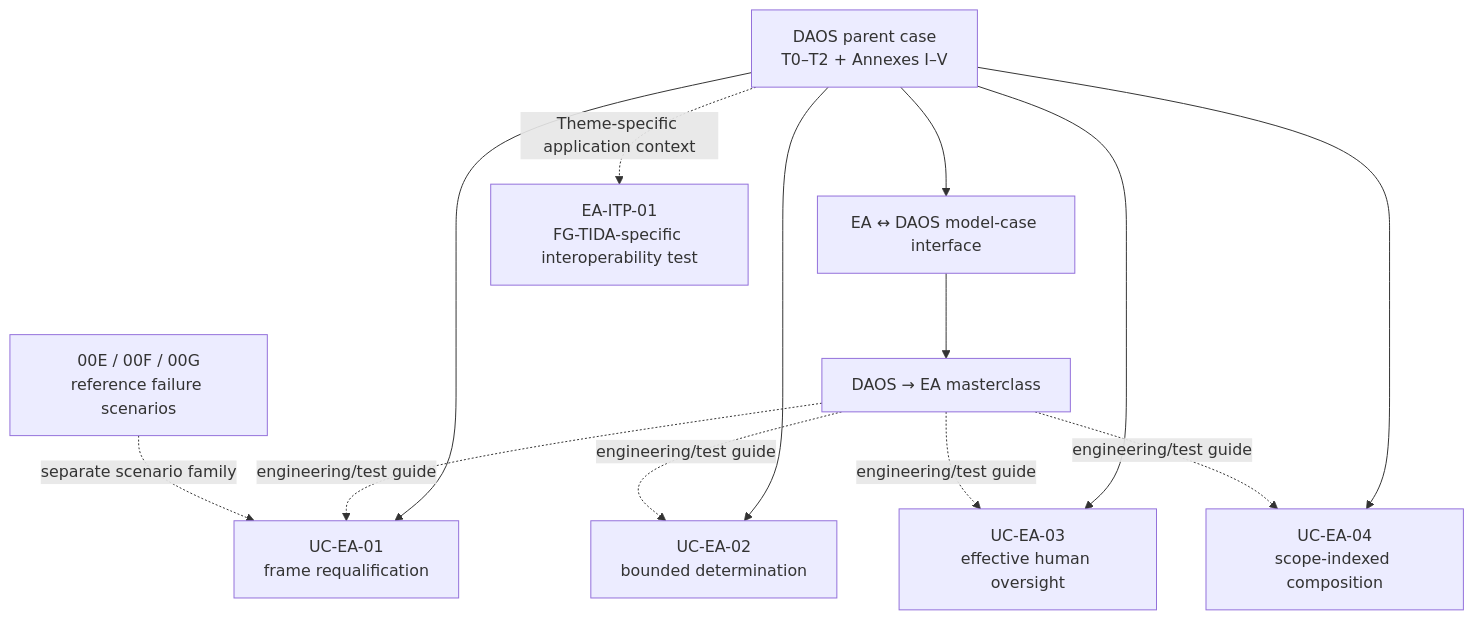
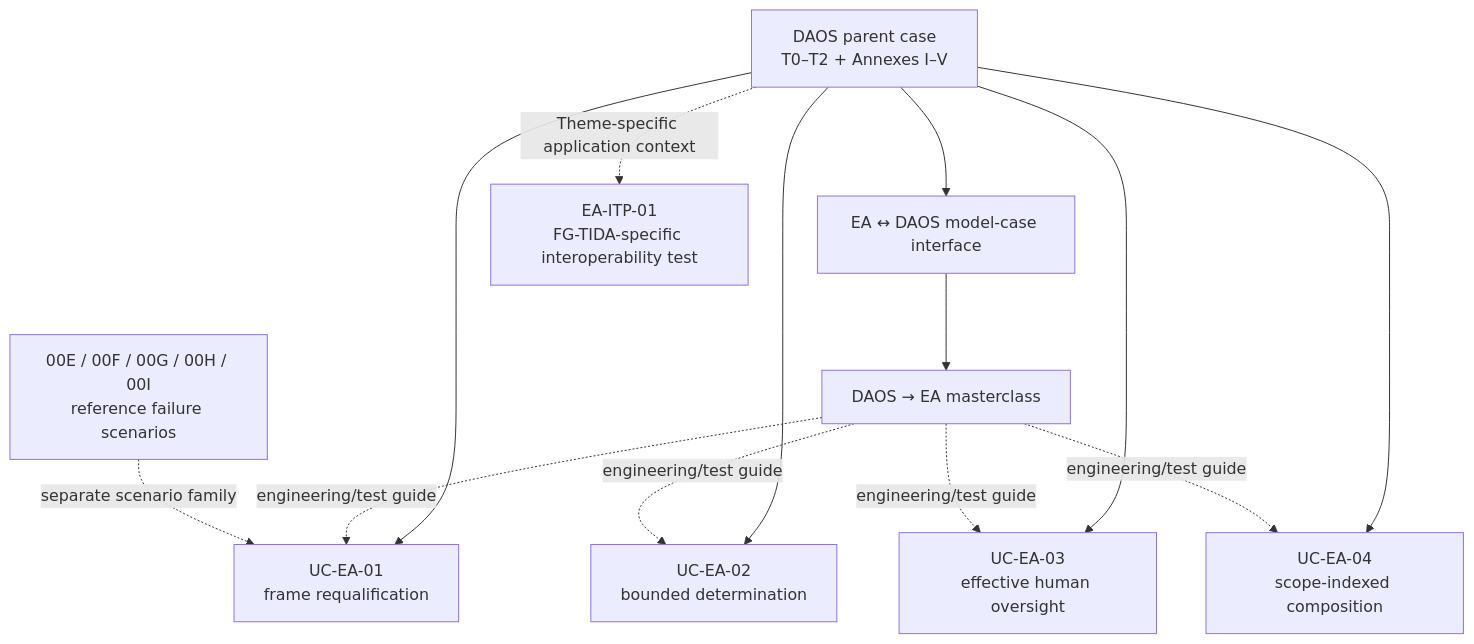
The sixth of 9 diagrams in research/ecosystem-awareness/VISUAL_GUIDE.md (dakleyer/structural-awareness-contributions), drawn with Mermaid before and after one commit. The commit also changed other lines of this file, not shown here.

````diff
--- a/research/ecosystem-awareness/VISUAL_GUIDE.md
+++ b/research/ecosystem-awareness/VISUAL_GUIDE.md
@@ -184,24 +189,24 @@
 ```mermaid
 flowchart TB
     DAOS["DAOS parent case<br/>T0–T2 + Annexes I–V"]
     MCASE["EA ↔ DAOS model-case interface"]
     MASTER["DAOS → EA masterclass"]
     U1["UC-EA-01<br/>frame requalification"]
     U2["UC-EA-02<br/>bounded determination"]
     U3["UC-EA-03<br/>effective human oversight"]
     U4["UC-EA-04<br/>scope-indexed composition"]
     ITP["EA-ITP-01<br/>FG-TIDA-specific interoperability test"]
-    RS["00E / 00F / 00G<br/>reference failure scenarios"]
+    RS["00E / 00F / 00G / 00H / 00I<br/>reference failure scenarios"]
 
     DAOS --> MCASE --> MASTER
     DAOS --> U1
     DAOS --> U2
     DAOS --> U3
     DAOS --> U4
     MASTER -. "engineering/test guide" .-> U1
     MASTER -. "engineering/test guide" .-> U2
     MASTER -. "engineering/test guide" .-> U3
     MASTER -. "engineering/test guide" .-> U4
     DAOS -. "Theme-specific application context" .-> ITP
     RS -. "separate scenario family" .-> U1
 ```
````
